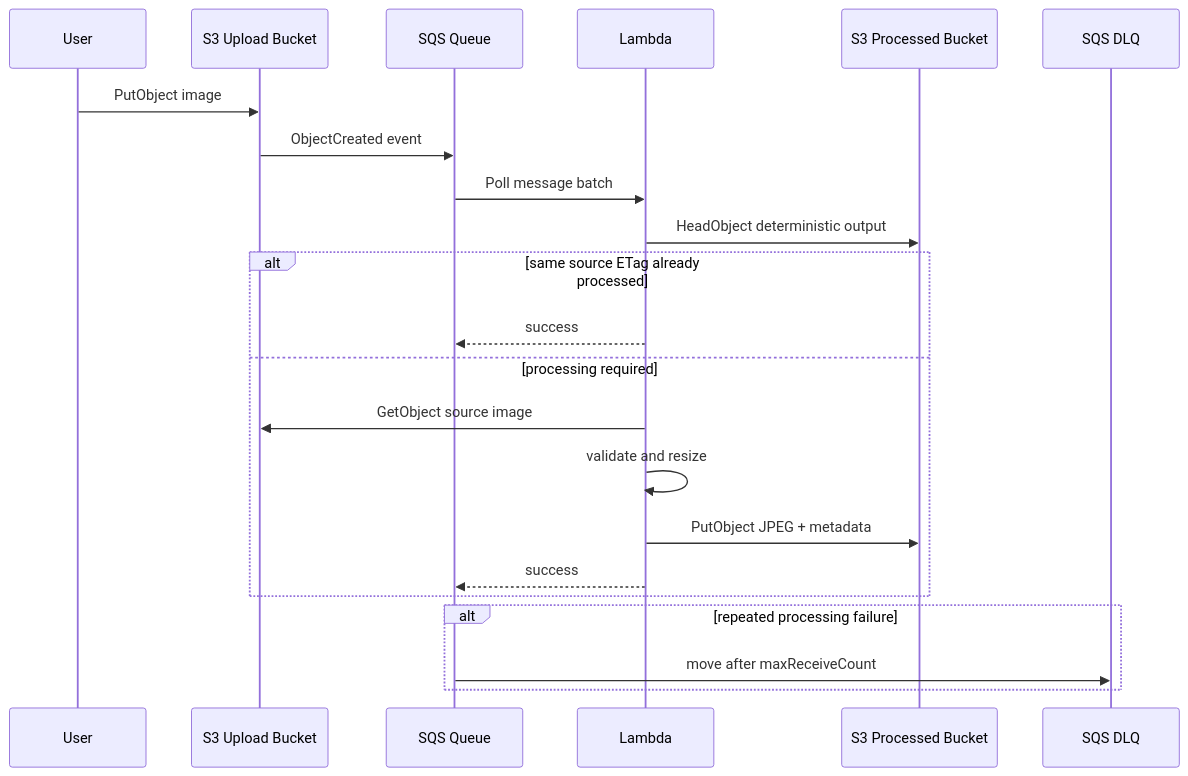
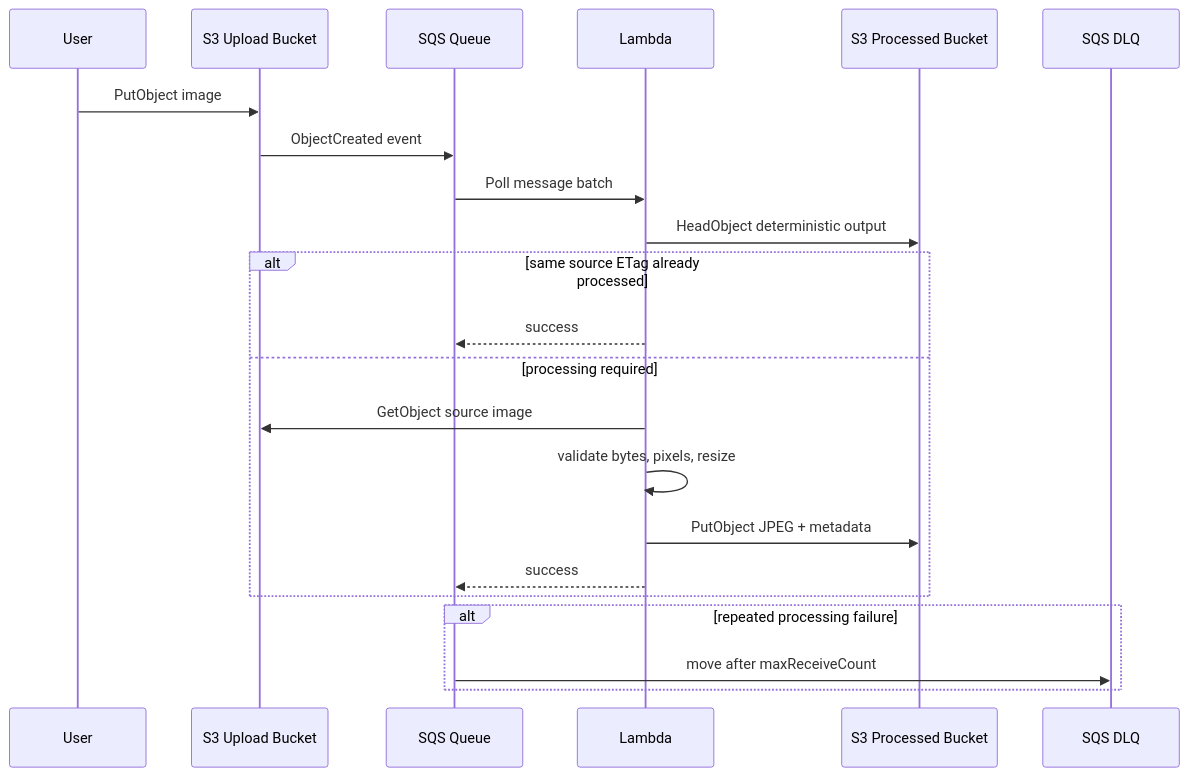
Before and after one commit to yourclouddude/aws-event-driven-image-pipeline: the diagram in docs/architecture.md, drawn with Mermaid. The commit also changed other lines of this file and 5 other files, not shown here.

````diff
--- a/docs/architecture.md
+++ b/docs/architecture.md
@@ -9,25 +9,25 @@
 ```mermaid
 sequenceDiagram
     participant User
     participant Upload as S3 Upload Bucket
     participant Queue as SQS Queue
     participant Worker as Lambda
     participant Output as S3 Processed Bucket
     participant DLQ as SQS DLQ
 
     User->>Upload: PutObject image
     Upload->>Queue: ObjectCreated event
     Queue->>Worker: Poll message batch
     Worker->>Output: HeadObject deterministic output
     alt same source ETag already processed
         Worker-->>Queue: success
     else processing required
         Worker->>Upload: GetObject source image
-        Worker->>Worker: validate and resize
+        Worker->>Worker: validate bytes, pixels, resize
         Worker->>Output: PutObject JPEG + metadata
         Worker-->>Queue: success
     end
     alt repeated processing failure
         Queue->>DLQ: move after maxReceiveCount
     end
 ```
````
